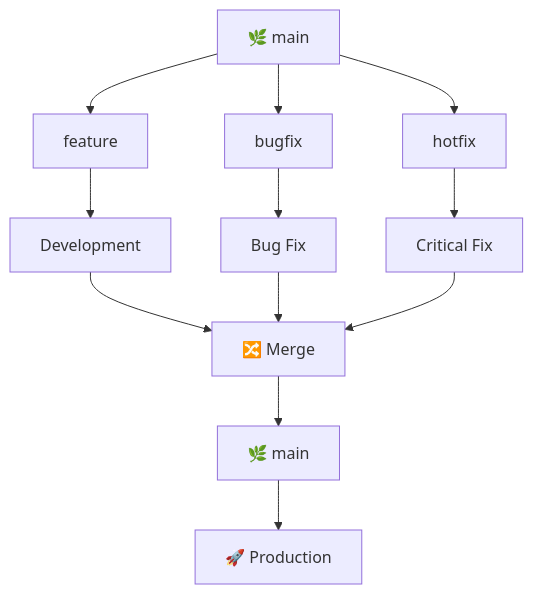
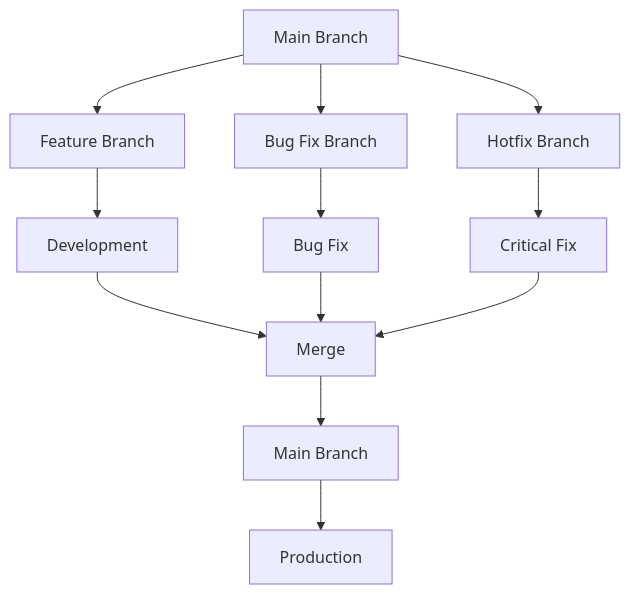
Before and after one commit to Yuvii2102/My-Devops-Cloud-Journey: the sixth of 37 diagrams in DevOps-Labs-and-Projects/ Day-06 to Day-12/README.md, drawn with Mermaid. The commit also changed other lines of this file, not shown here.

````diff
--- a/DevOps-Labs-and-Projects/ Day-06 to Day-12/README.md
+++ b/DevOps-Labs-and-Projects/ Day-06 to Day-12/README.md
@@ -488,17 +315,17 @@
 ```mermaid
-flowchart TB
-    A["🌿 main"] --> B["feature"]
-    A --> C["bugfix"]
-    A --> D["hotfix"]
+flowchart TD
+    A["Main Branch"] --> B["Feature Branch"]
+    A --> C["Bug Fix Branch"]
+    A --> D["Hotfix Branch"]
 
     B --> E["Development"]
     C --> F["Bug Fix"]
     D --> G["Critical Fix"]
 
-    E --> H["🔀 Merge"]
+    E --> H["Merge"]
     F --> H
     G --> H
 
-    H --> I["🌿 main"]
-    I --> J["🚀 Production"]
+    H --> I["Main Branch"]
+    I --> J["Production"]
 ```
````
